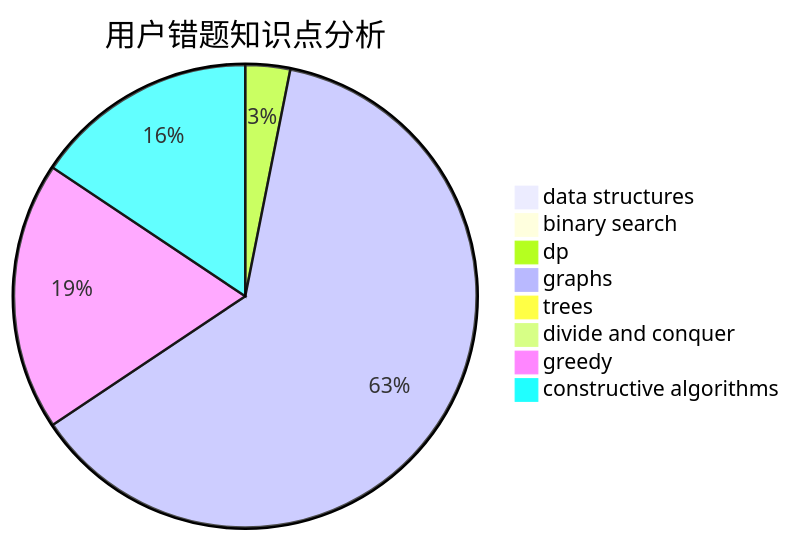
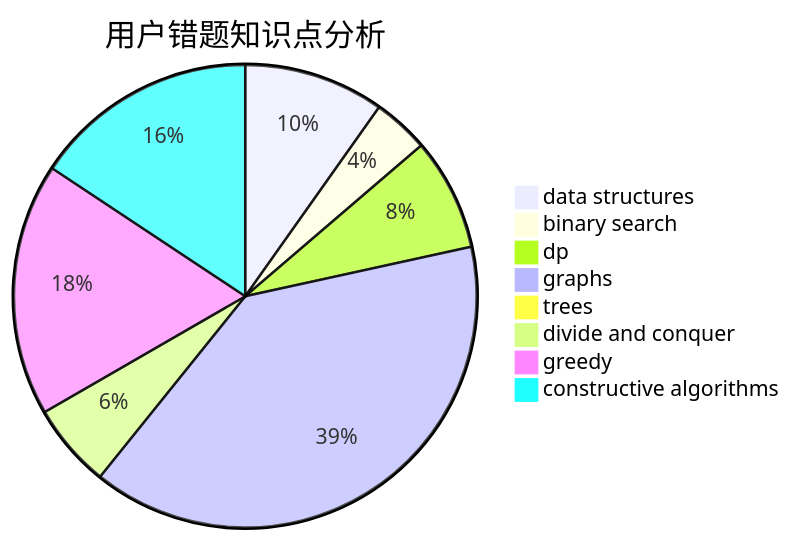
The third of 3 diagrams in docs/user/u2086.md (sherpahu/cfrs.github.io), drawn with Mermaid before and after one commit. The commit also changed other lines of this file and 2770 other files, not shown here.

````diff
--- a/docs/user/u2086.md
+++ b/docs/user/u2086.md
@@ -36,11 +36,11 @@
 ```mermaid
 pie title 用户错题知识点分析
-    "data structures" :  0
-    "binary search" :  0
-    "dp" :  1
+    "data structures" :  5
+    "binary search" :  2
+    "dp" :  4
     "graphs" :  20
     "trees" :  0
-    "divide and conquer" :  0
-    "greedy" :  6
-    "constructive algorithms" :  5
+    "divide and conquer" :  3
+    "greedy" :  9
+    "constructive algorithms" :  8
 ```
````
